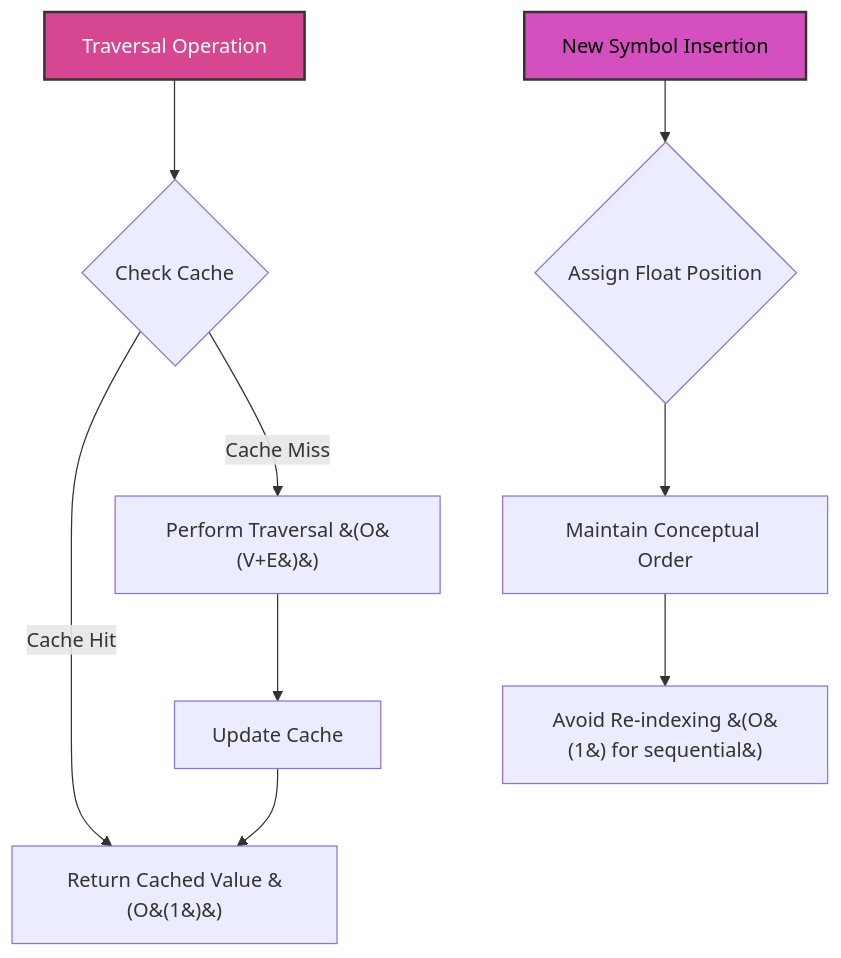
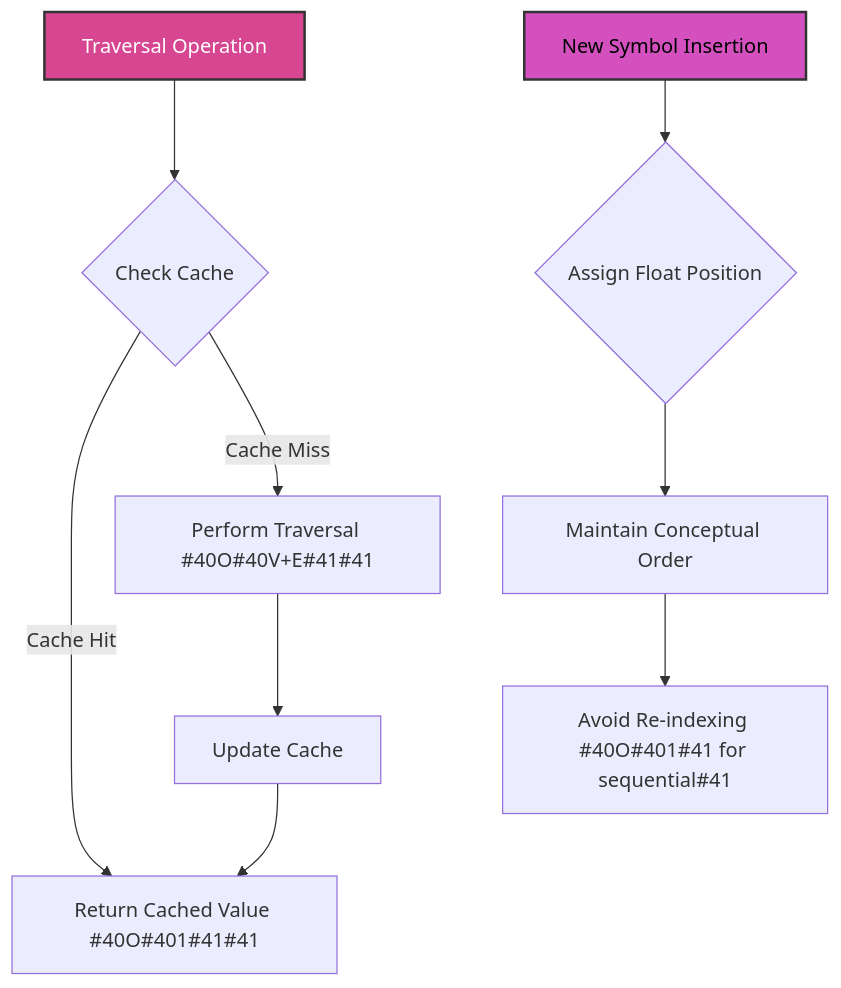
One commit to ikko/sym changed the third of 4 diagrams in docs/readme_details/9_performance/index.md. Above: the diagram before and after it, drawn with Mermaid. The commit also changed other lines of this file and 38 other files, not shown here.

Commit message:
mermaids maybe fixed

````diff
--- a/docs/readme_details/9_performance/index.md
+++ b/docs/readme_details/9_performance/index.md
@@ -114,16 +114,16 @@
 ```mermaid
 graph TD
     A[Traversal Operation] --> B{Check Cache};
-    B -- "Cache Hit" --> C[Return Cached Value &#40;O&#40;1&#41;&#41;];
-    B -- "Cache Miss" --> D[Perform Traversal &#40;O&#40;V+E&#41;&#41;];
+    B -- "Cache Hit" --> C[Return Cached Value #40O#401#41#41];
+    B -- "Cache Miss" --> D[Perform Traversal #40O#40V+E#41#41];
     D --> E[Update Cache];
     E --> C;
 
     X[New Symbol Insertion] --> Y{Assign Float Position};
     Y --> Z[Maintain Conceptual Order];
-    Z --> AA[Avoid Re-indexing &#40;O&#40;1&#41; for sequential&#41;];
+    Z --> AA[Avoid Re-indexing #40O#401#41 for sequential#41];
     style X fill:#d450bf,stroke:#333,stroke-width:2px,color:#000000;
 
     style A fill:#d74691,stroke:#333,stroke-width:2px,color:#FFFFFF;
     style X fill:#d450bf,stroke:#333,stroke-width:2px,color:#000000;
 ```
````
